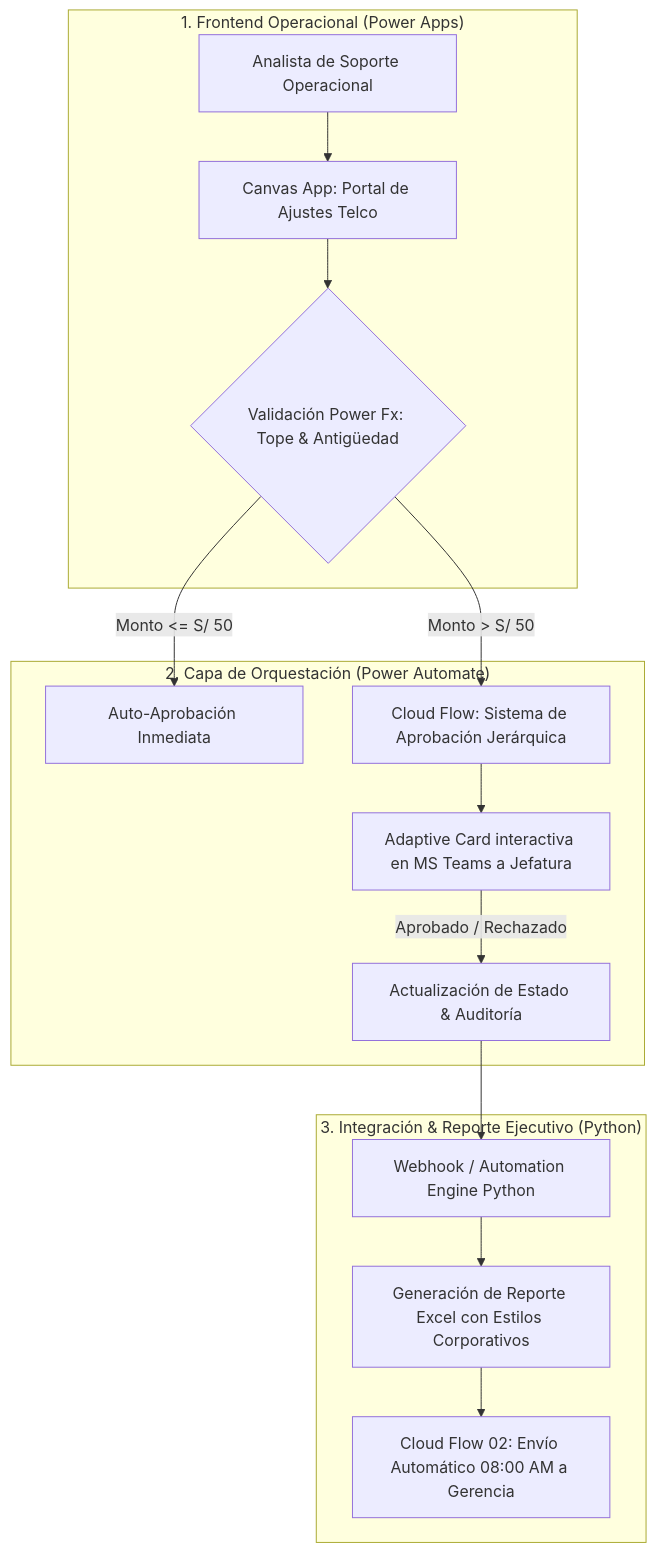
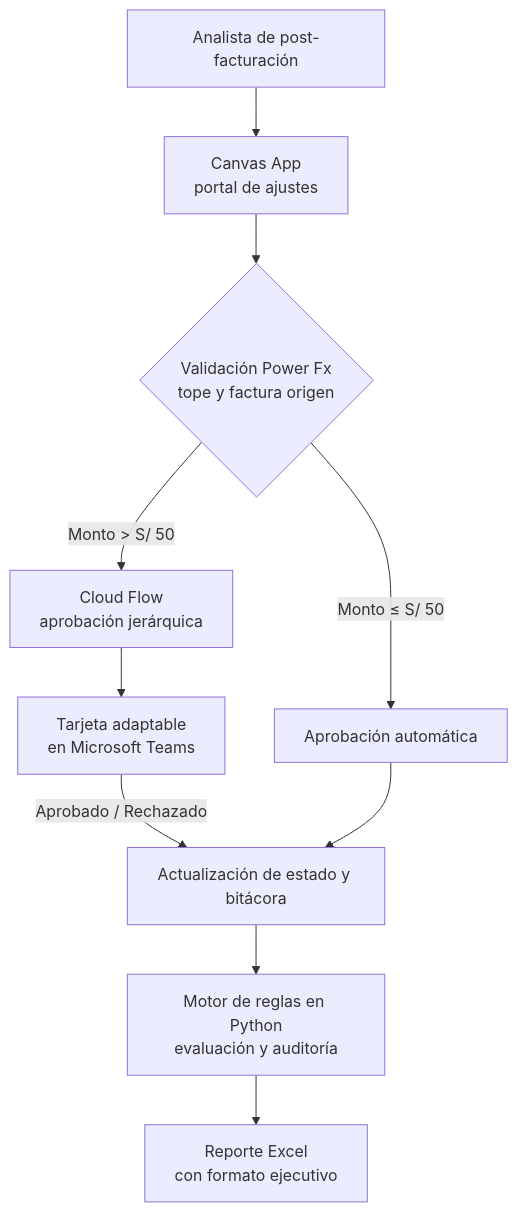
One commit to MartinZapanaBerrospi/telecom-ops-automation changed the diagram in README.md. Above: the diagram before and after it, drawn with Mermaid. The commit also changed other lines of this file and 8 other files, not shown here.

First line of the commit message:
feat: implementar y probar las reglas de aprobación, y documentar el alcance real

````diff
--- a/README.md
+++ b/README.md
@@ -41,20 +41,12 @@
 ```mermaid
 flowchart TD
-    subgraph Frontend ["1. Frontend Operacional (Power Apps)"]
-        A1[Analista de Soporte Operacional] --> A2[Canvas App: Portal de Ajustes Telco]
-        A2 --> A3{Validación Power Fx: Tope & Antigüedad}
-    end
-
-    subgraph Orquestacion ["2. Capa de Orquestación (Power Automate)"]
-        A3 -->|Monto <= S/ 50| B1[Auto-Aprobación Inmediata]
-        A3 -->|Monto > S/ 50| B2[Cloud Flow: Sistema de Aprobación Jerárquica]
-        B2 --> B3[Adaptive Card interactiva en MS Teams a Jefatura]
-        B3 -->|Aprobado / Rechazado| B4[Actualización de Estado & Auditoría]
-    end
-
-    subgraph Backend ["3. Integración & Reporte Ejecutivo (Python)"]
-        B4 --> C1[Webhook / Automation Engine Python]
-        C1 --> C2[Generación de Reporte Excel con Estilos Corporativos]
-        C2 --> C3[Cloud Flow 02: Envío Automático 08:00 AM a Gerencia]
-    end
+    A1[Analista de post-facturación] --> A2["Canvas App<br/>portal de ajustes"]
+    A2 --> A3{"Validación Power Fx<br/>tope y factura origen"}
+    A3 -->|"Monto ≤ S/ 50"| B1[Aprobación automática]
+    A3 -->|"Monto > S/ 50"| B2["Cloud Flow<br/>aprobación jerárquica"]
+    B2 --> B3["Tarjeta adaptable<br/>en Microsoft Teams"]
+    B3 -->|Aprobado / Rechazado| B4[Actualización de estado y bitácora]
+    B1 --> B4
+    B4 --> C1["Motor de reglas en Python<br/>evaluación y auditoría"]
+    C1 --> C2["Reporte Excel<br/>con formato ejecutivo"]
 ```
````
